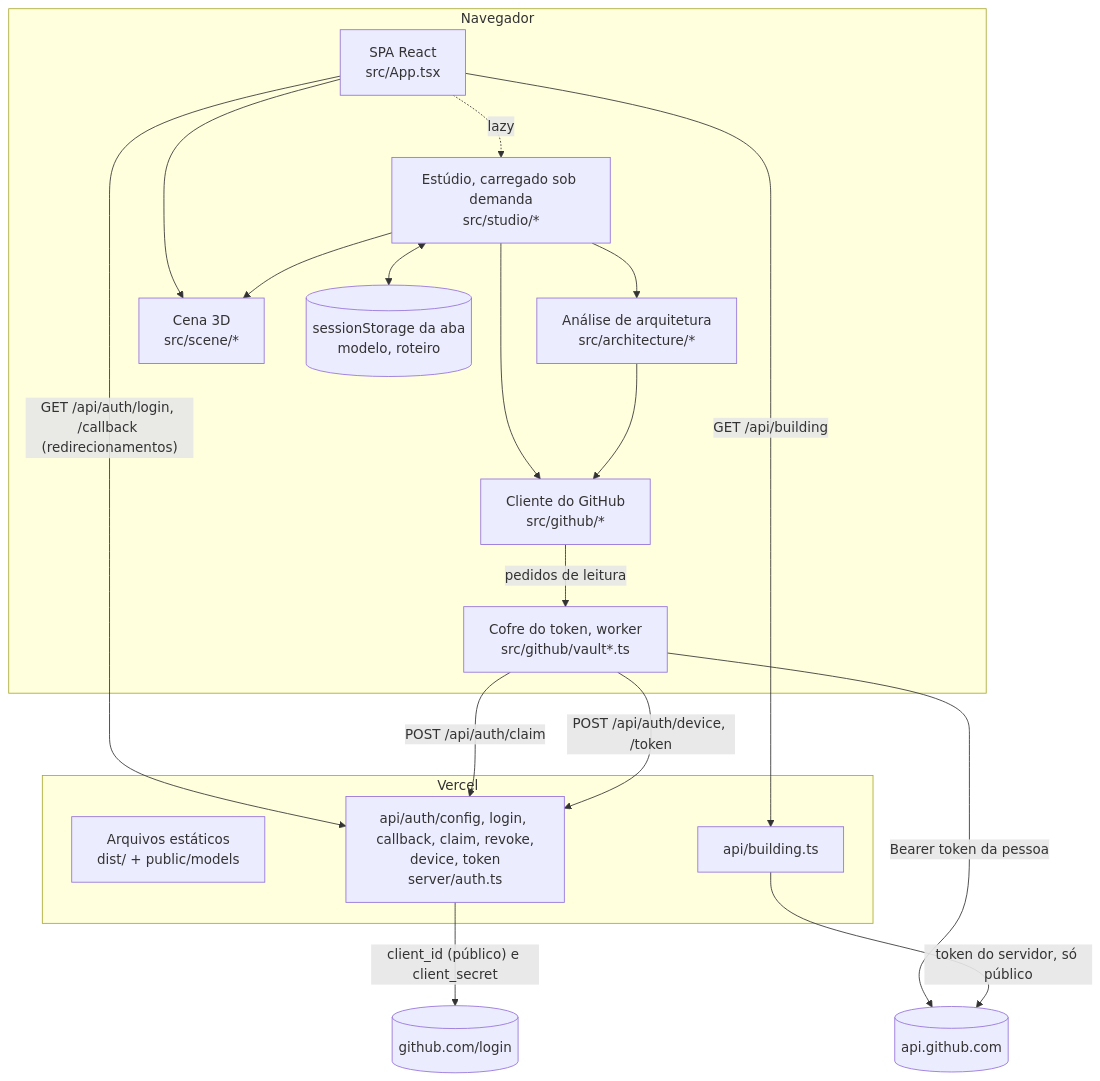
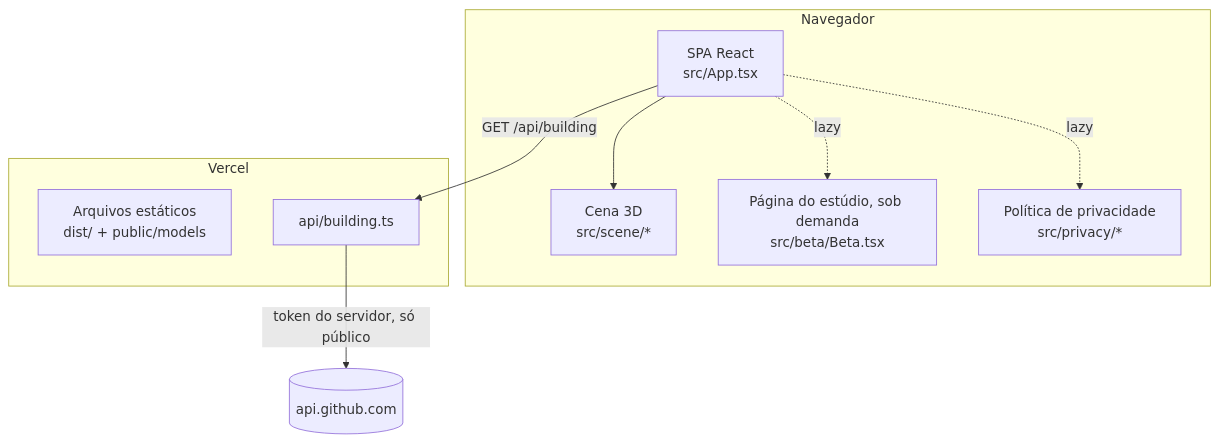
One commit to Yourdevdaniel/repartments changed the second of 4 diagrams in docs/arquitetura.md. Above: the diagram before and after it, drawn with Mermaid. The commit also changed other lines of this file and 3 other files, not shown here.

````diff
--- a/docs/arquitetura.md
+++ b/docs/arquitetura.md
@@ -64,33 +62,20 @@
 ```mermaid
 flowchart TB
   subgraph browser[Navegador]
     spa[SPA React<br/>src/App.tsx]
-    studio[Estúdio, carregado sob demanda<br/>src/studio/*]
-    engine[Análise de arquitetura<br/>src/architecture/*]
-    ghclient[Cliente do GitHub<br/>src/github/*]
     scene[Cena 3D<br/>src/scene/*]
-    vault[Cofre do token, worker<br/>src/github/vault*.ts]
-    tab[(sessionStorage da aba<br/>modelo, roteiro)]
+    beta[Página do estúdio, sob demanda<br/>src/beta/Beta.tsx]
+    privacy[Política de privacidade<br/>src/privacy/*]
   end
   subgraph vercel[Vercel]
     static[Arquivos estáticos<br/>dist/ + public/models]
     fn_building[api/building.ts]
-    fn_auth[api/auth/config, login, callback, claim, revoke,<br/>device, token<br/>server/auth.ts]
   end
   gh[(api.github.com)]
-  ghlogin[(github.com/login)]
 
   spa --> scene
-  spa -. "lazy" .-> studio
-  studio --> engine & ghclient & scene
-  studio <--> tab
-  ghclient -- "pedidos de leitura" --> vault
-  vault -- "Bearer token da pessoa" --> gh
-  engine --> ghclient
+  spa -. "lazy" .-> beta
+  spa -. "lazy" .-> privacy
   spa -- "GET /api/building" --> fn_building
   fn_building -- "token do servidor, só público" --> gh
-  spa -- "GET /api/auth/login, /callback (redirecionamentos)" --> fn_auth
-  vault -- "POST /api/auth/claim" --> fn_auth
-  vault -- "POST /api/auth/device, /token" --> fn_auth
-  fn_auth -- "client_id (público) e client_secret" --> ghlogin
 ```
````
